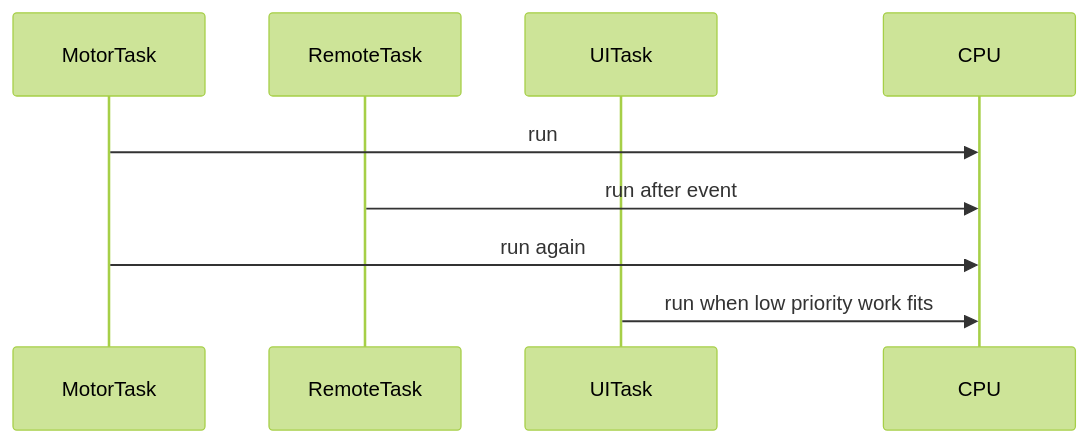
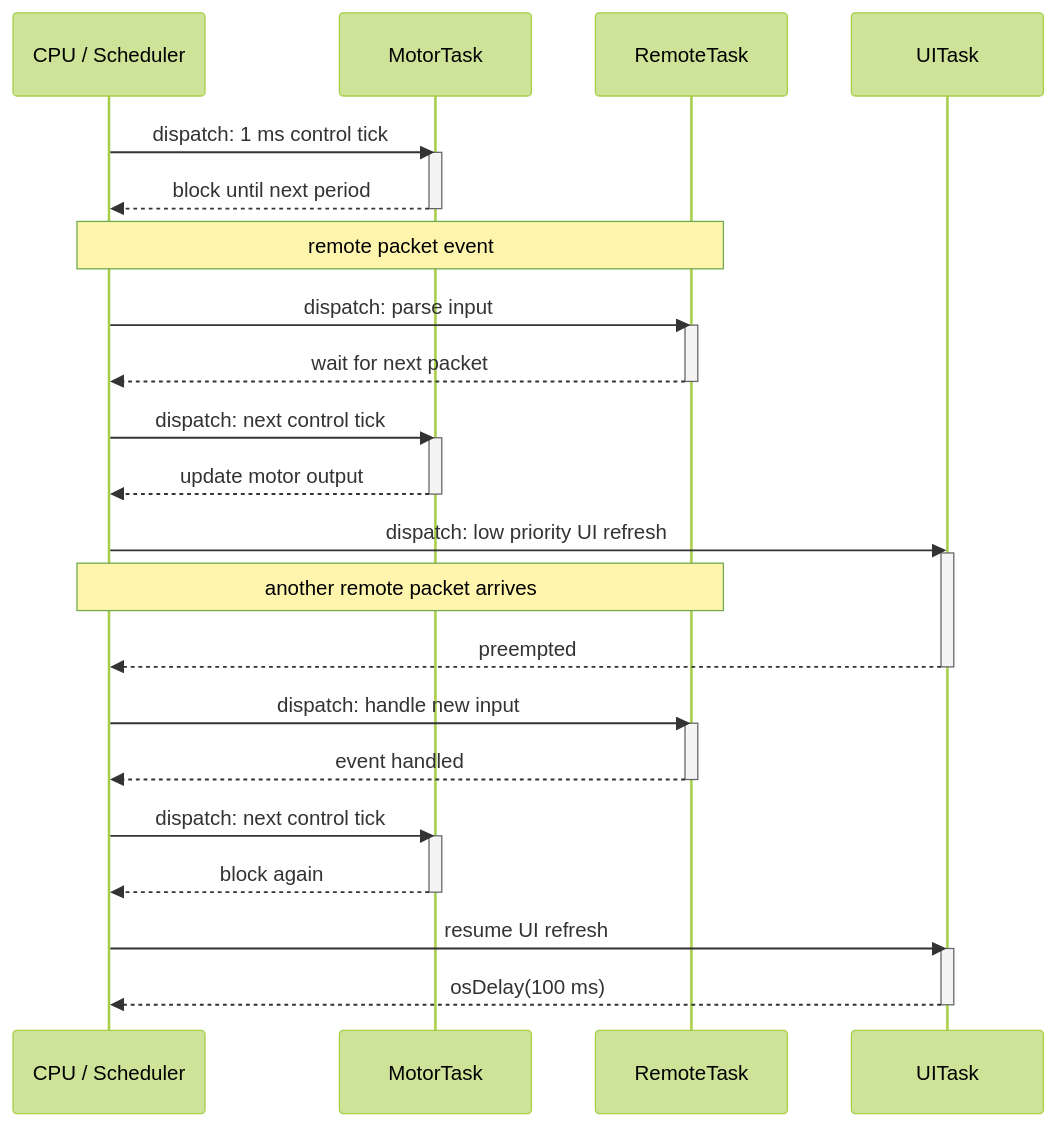
Before and after one commit to inaku-Gyan/RM-EC-Tutorial-2026-Summer: the fourth of 6 diagrams in decks/rtos/slides.md, drawn with Mermaid (forest theme). The commit also changed other lines of this file, not shown here.

````diff
--- a/decks/rtos/slides.md
+++ b/decks/rtos/slides.md
@@ -523,11 +536,44 @@
 ```mermaid
 sequenceDiagram
+  participant CPU as CPU / Scheduler
   participant M as MotorTask
   participant R as RemoteTask
   participant U as UITask
-  participant CPU as CPU
-  M->>CPU: run
-  R->>CPU: run after event
-  M->>CPU: run again
-  U->>CPU: run when low priority work fits
+
+  CPU->>M: dispatch: 1 ms control tick
+  activate M
+  M-->>CPU: block until next period
+  deactivate M
+
+  Note over CPU,R: remote packet event
+  CPU->>R: dispatch: parse input
+  activate R
+  R-->>CPU: wait for next packet
+  deactivate R
+
+  CPU->>M: dispatch: next control tick
+  activate M
+  M-->>CPU: update motor output
+  deactivate M
+
+  CPU->>U: dispatch: low priority UI refresh
+  activate U
+  Note over CPU,R: another remote packet arrives
+  U-->>CPU: preempted
+  deactivate U
+
+  CPU->>R: dispatch: handle new input
+  activate R
+  R-->>CPU: event handled
+  deactivate R
+
+  CPU->>M: dispatch: next control tick
+  activate M
+  M-->>CPU: block again
+  deactivate M
+
+  CPU->>U: resume UI refresh
+  activate U
+  U-->>CPU: osDelay(100 ms)
+  deactivate U
 ```
````
